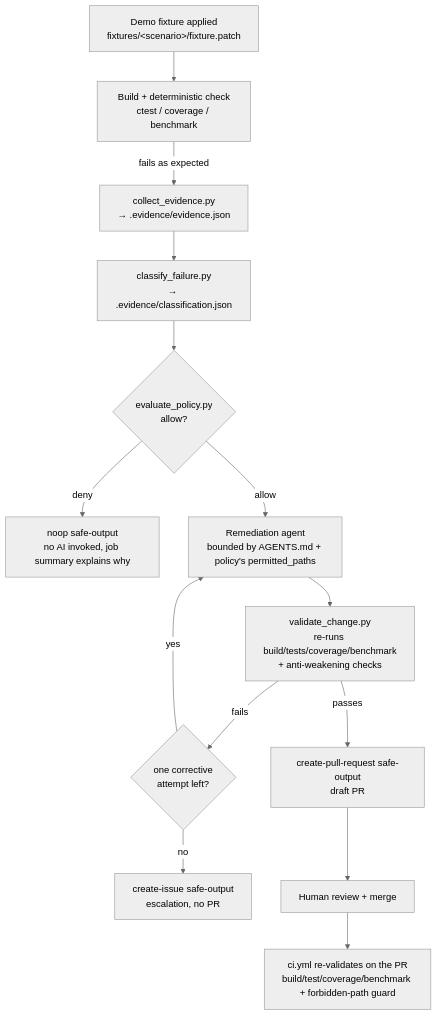
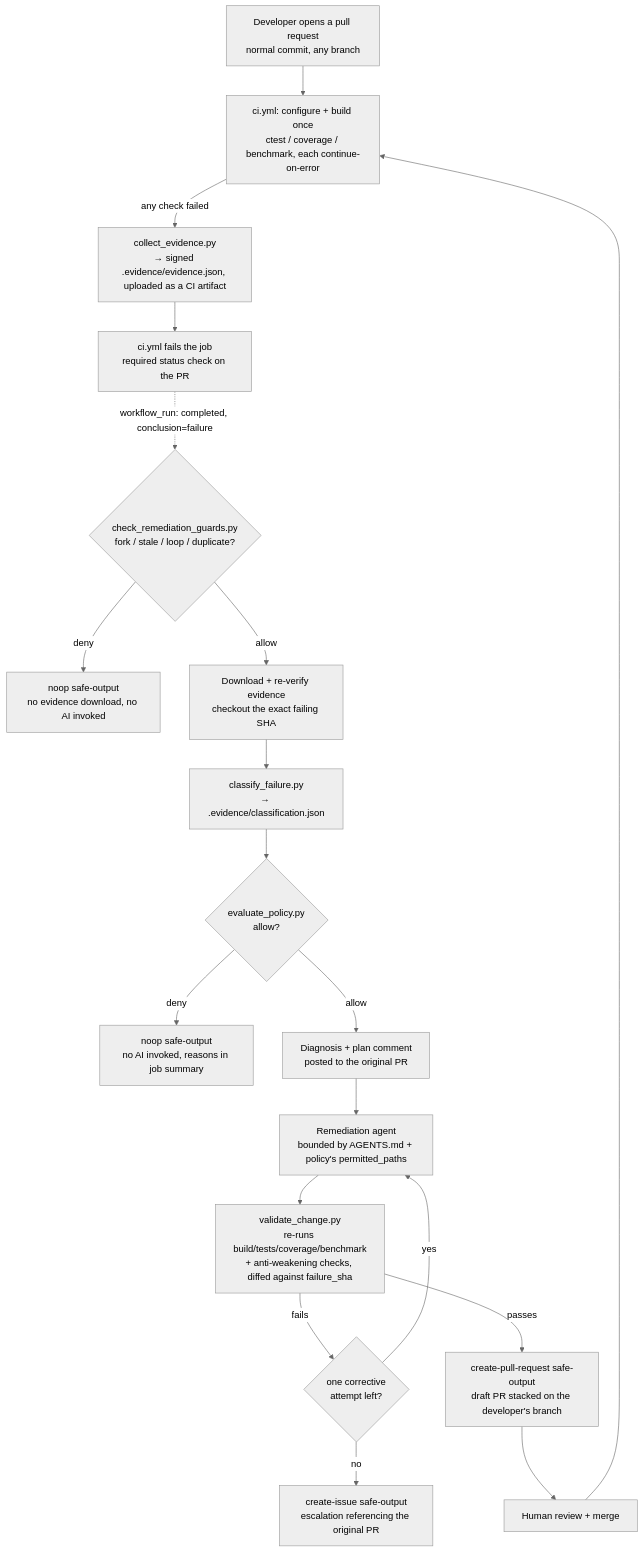
The diagram in docs/architecture.md (dvazqueb11/self-healing-cicd-demo), drawn with Mermaid (neutral theme) before and after one commit. The commit also changed other lines of this file and 26 other files, not shown here.

````diff
--- a/docs/architecture.md
+++ b/docs/architecture.md
@@ -20,16 +26,21 @@
 ```mermaid
 flowchart TD
-    A[Demo fixture applied<br/>fixtures/&lt;scenario&gt;/fixture.patch] --> B[Build + deterministic check<br/>ctest / coverage / benchmark]
-    B -->|fails as expected| C[collect_evidence.py<br/>→ .evidence/evidence.json]
-    C --> D[classify_failure.py<br/>→ .evidence/classification.json]
-    D --> E{evaluate_policy.py<br/>allow?}
-    E -->|deny| F[noop safe-output<br/>no AI invoked, job summary explains why]
-    E -->|allow| G[Remediation agent<br/>bounded by AGENTS.md + policy's permitted_paths]
-    G --> H[validate_change.py<br/>re-runs build/tests/coverage/benchmark<br/>+ anti-weakening checks]
-    H -->|fails| I{one corrective<br/>attempt left?}
-    I -->|no| J[create-issue safe-output<br/>escalation, no PR]
-    I -->|yes| G
-    H -->|passes| K[create-pull-request safe-output<br/>draft PR]
-    K --> L[Human review + merge]
-    L --> M[ci.yml re-validates on the PR<br/>build/test/coverage/benchmark + forbidden-path guard]
+    A[Developer opens a pull request<br/>normal commit, any branch] --> B[ci.yml: configure + build once<br/>ctest / coverage / benchmark, each continue-on-error]
+    B -->|any check failed| C[collect_evidence.py<br/>→ signed .evidence/evidence.json, uploaded as a CI artifact]
+    C --> Z[ci.yml fails the job<br/>required status check on the PR]
+    Z -. workflow_run: completed, conclusion=failure .-> D{check_remediation_guards.py<br/>fork / stale / loop / duplicate?}
+    D -->|deny| N[noop safe-output<br/>no evidence download, no AI invoked]
+    D -->|allow| E[Download + re-verify evidence<br/>checkout the exact failing SHA]
+    E --> F[classify_failure.py<br/>→ .evidence/classification.json]
+    F --> G{evaluate_policy.py<br/>allow?}
+    G -->|deny| N2[noop safe-output<br/>no AI invoked, reasons in job summary]
+    G -->|allow| H[Diagnosis + plan comment<br/>posted to the original PR]
+    H --> I[Remediation agent<br/>bounded by AGENTS.md + policy's permitted_paths]
+    I --> J[validate_change.py<br/>re-runs build/tests/coverage/benchmark<br/>+ anti-weakening checks, diffed against failure_sha]
+    J -->|fails| K{one corrective<br/>attempt left?}
+    K -->|no| L[create-issue safe-output<br/>escalation referencing the original PR]
+    K -->|yes| I
+    J -->|passes| M[create-pull-request safe-output<br/>draft PR stacked on the developer's branch]
+    M --> O[Human review + merge]
+    O --> B
 ```
````
